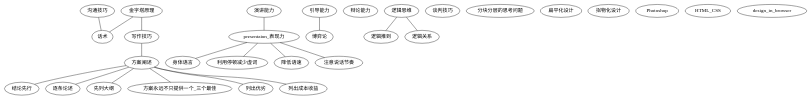
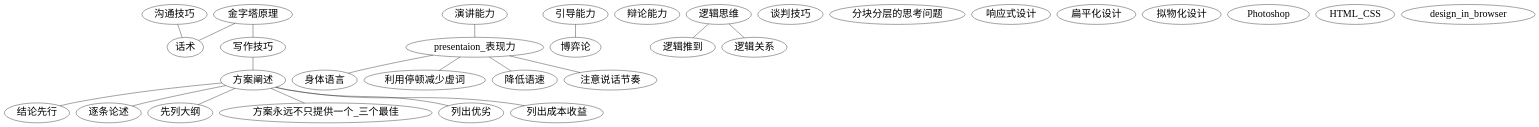
The diagram in design_and_soft_skill.dot (jtong/knowledge_map), drawn with Graphviz before and after one commit. The commit also changed 9 other files, not shown here.

```diff
--- a/design_and_soft_skill.dot
+++ b/design_and_soft_skill.dot
@@ -1,18 +1,19 @@
 graph design_and_soft_skill_knowlege_map {
+  node [fontname="Verdana", fontsize= 28, size="30,30"];
   金字塔原理 -- 话术, 写作技巧;
   写作技巧 -- 方案阐述 -- 结论先行,逐条论述,先列大纲,方案永远不只提供一个_三个最佳, 列出优劣,列出成本收益;
   沟通技巧 -- 话术;
   presentaion_表现力 -- 身体语言,利用停顿减少虚词,降低语速,注意说话节奏; 
   演讲能力 -- presentaion_表现力;
   引导能力 -- 博弈论;
   辩论能力;
   逻辑思维 -- 逻辑推到,逻辑关系;
   谈判技巧;
   分块分层的思考问题;
-
+  响应式设计;
   扁平化设计;
   拟物化设计;
   Photoshop;
   HTML_CSS;
   design_in_browser;
 }	 
```
